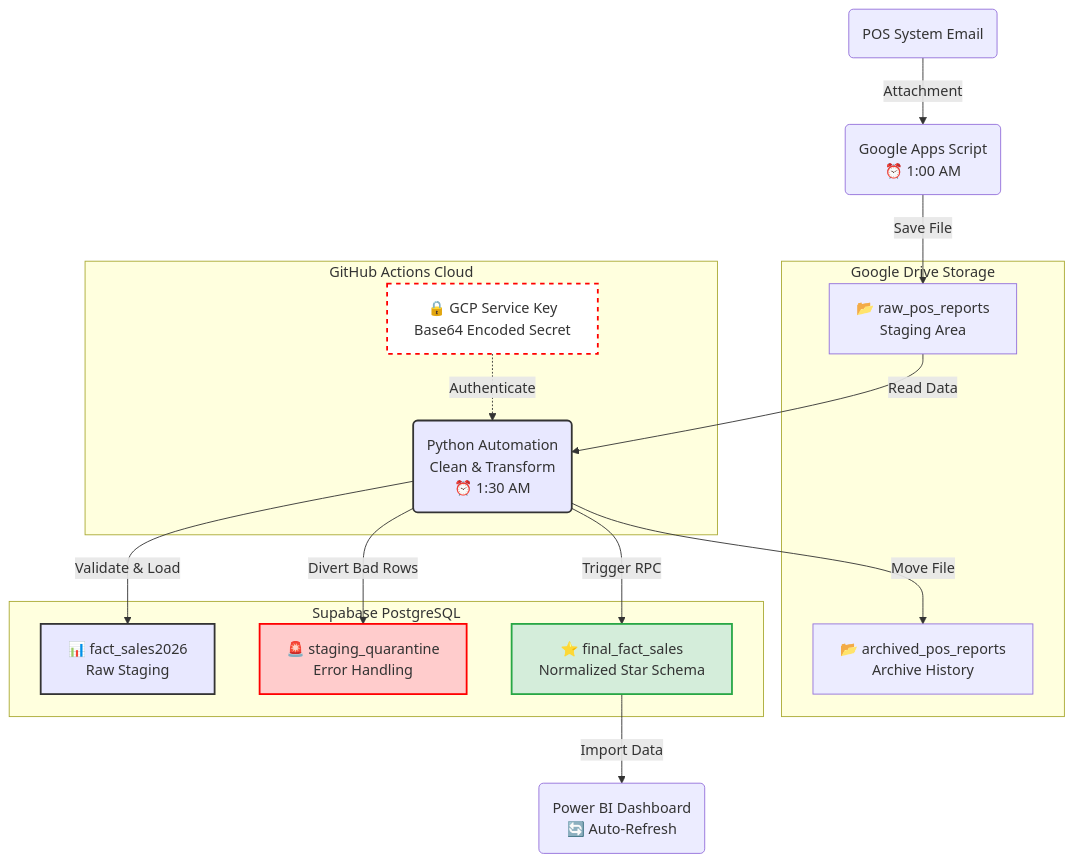
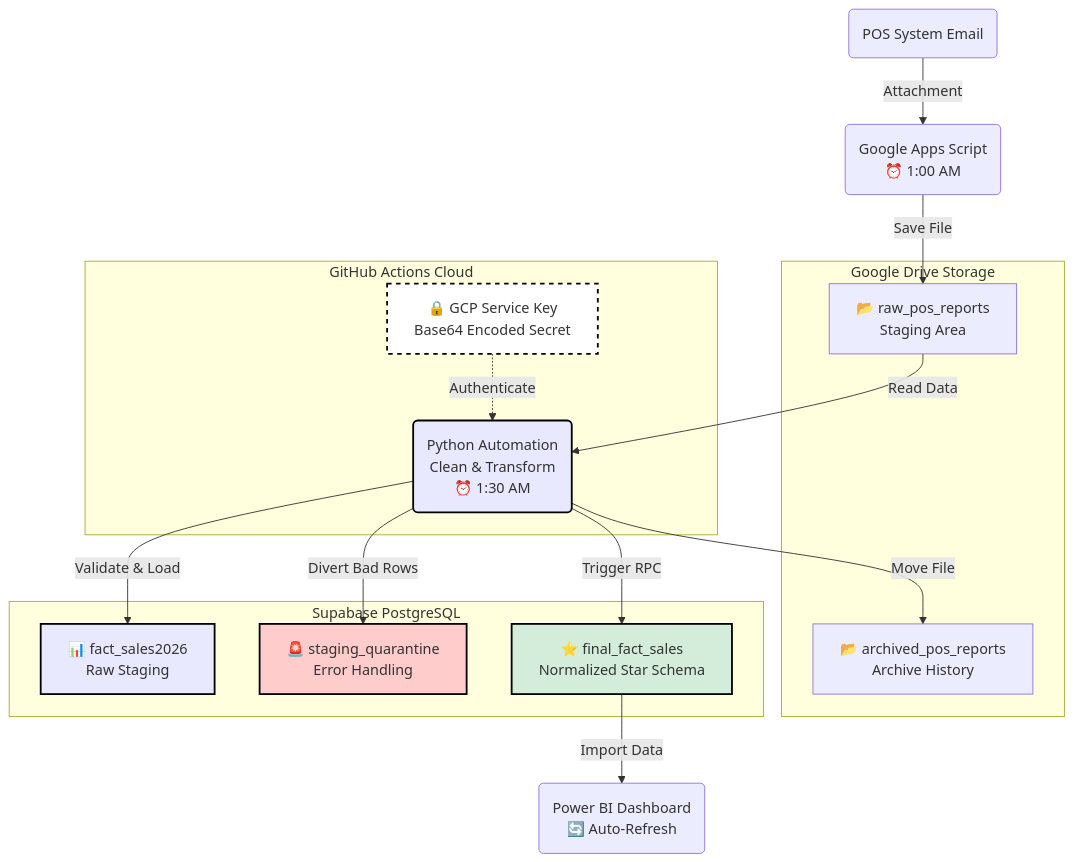
Before and after one commit to robimengote/Amante-s-Supabase-Full-Cloud-ETL-Pipeline: the diagram in README.md, drawn with Mermaid. The commit also changed other lines of this file, not shown here.

````diff
--- a/README.md
+++ b/README.md
@@ -40,45 +40,45 @@
 ```mermaid
 graph TD
     %% Nodes
     POS(POS System Email)
     GAS(Google Apps Script <br/> ⏰ 1:00 AM)
     
     subgraph Google_Drive [Google Drive Storage]
         RAW[📂 raw_pos_reports <br/> Staging Area]
         ARCHIVE_POS_REPORTS[📂 archived_pos_reports <br/> Archive History]
     end
     
     subgraph GitHub_Cloud [GitHub Actions Cloud]
         PY(Python Automation <br/> Clean & Transform <br/> ⏰ 1:30 AM)
         SECRET[🔒 GCP Service Key <br/> Base64 Encoded Secret]
     end
 
     subgraph Supabase_Database [Supabase PostgreSQL]
         STAGING_TABLE[📊 fact_sales2026<br/> Raw Staging]
         QUARANTINE_TABLE[🚨 staging_quarantine<br/> Error Handling]
         FINAL_FACT[⭐ final_fact_sales<br/> Normalized Star Schema]
     end
     
     PBI(Power BI Dashboard <br/> 🔄 Auto-Refresh)
     
     %% Connections
     POS -->|Attachment| GAS
     GAS -->|Save File| RAW
     
     RAW -->|Read Data| PY
     SECRET -.->|Authenticate| PY
     
     PY -->|Validate & Load| STAGING_TABLE
     PY -->|Divert Bad Rows| QUARANTINE_TABLE
     PY -->|Trigger RPC| FINAL_FACT
     PY -->|Move File| ARCHIVE_POS_REPORTS
     
     FINAL_FACT -->|Import Data| PBI
     
     %% Styling
-    style PY fill:#E8E8FF,stroke:#333,stroke-width:2px
-    style STAGING_TABLE fill:#E8E8FF,stroke:#333,stroke-width:2px
-    style QUARANTINE_TABLE fill:#FFCCCC,stroke:#FF0000,stroke-width:2px
-    style FINAL_FACT fill:#D4EDDA,stroke:#28A745,stroke-width:2px
-    style SECRET fill:#fff,stroke:#f00,stroke-width:2px,stroke-dasharray: 5 5
+    style PY fill:#E8E8FF,stroke:#000000,stroke-width:2px
+    style STAGING_TABLE fill:#E8E8FF,stroke:#000000,stroke-width:2px
+    style QUARANTINE_TABLE fill:#FFCCCC,stroke:#000000,stroke-width:2px
+    style FINAL_FACT fill:#D4EDDA,stroke:#000000,stroke-width:2px
+    style SECRET fill:#fff,stroke:#000000,stroke-width:2px,stroke-dasharray: 5 5
 ```
````
